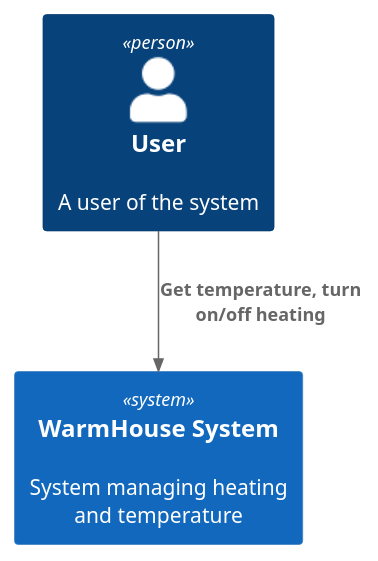
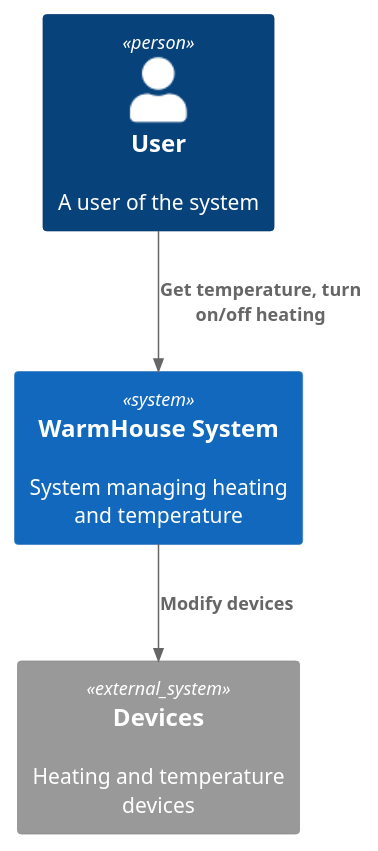
One commit to AlexandraPolozenko/Yandex-Practicum-architecture-sprint-3 changed the diagram in diagram_as_is.puml. Above: the diagram before and after it, drawn with PlantUML.

Commit message:
task 1.5

```diff
--- a/diagram_as_is.puml
+++ b/diagram_as_is.puml
@@ -1,11 +1,13 @@
 @startuml
 'https://plantuml.com/context-diagram
 
 !include https://raw.githubusercontent.com/plantuml-stdlib/C4-PlantUML/master/C4_Context.puml
 
 Person(user, "User", "A user of the system")
 System(WarmHouse, "WarmHouse System", "System managing heating and temperature")
+System_Ext(api, "Devices", "Heating and temperature devices")
 
 Rel(user, WarmHouse, "Get temperature, turn on/off heating")
+Rel(WarmHouse, api, "Modify devices")
 
 @enduml
```
